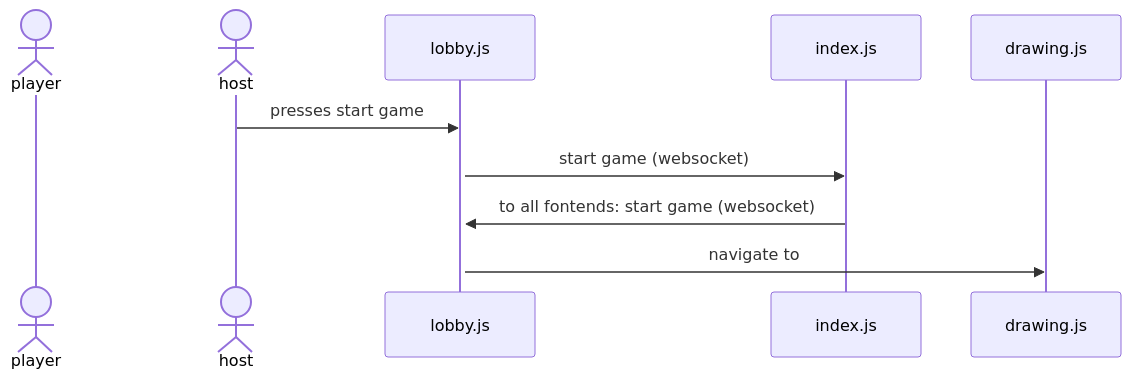
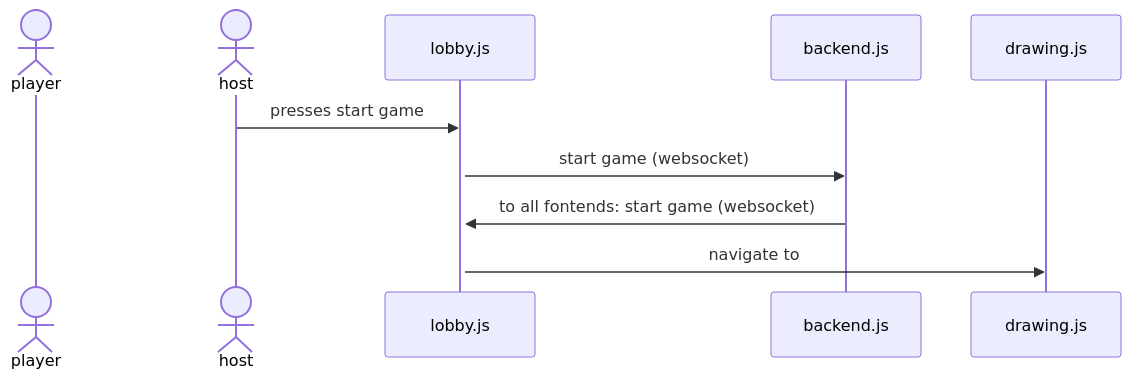
One commit to Capstone-Projects-2025-Spring/project-aac-game-team-a changed the third of 13 diagrams in documentation/docs/system-architecture/design.md. Above: the diagram before and after it, drawn with Mermaid. The commit also changed other lines of this file, not shown here.

Commit message:
added necessary return arrows and explained diagram steps

````diff
--- a/documentation/docs/system-architecture/design.md
+++ b/documentation/docs/system-architecture/design.md
@@ -98,15 +101,15 @@
 ```mermaid
 sequenceDiagram
 actor player
 
 actor host
 
 host ->> lobby.js: presses start game
 activate lobby.js
-lobby.js ->> index.js: start game (websocket)
-index.js ->> lobby.js: to all fontends: start game (websocket)
+lobby.js ->> backend.js: start game (websocket)
+backend.js ->> lobby.js: to all fontends: start game (websocket)
 lobby.js ->> drawing.js: navigate to
 
 
 
 ```
````
